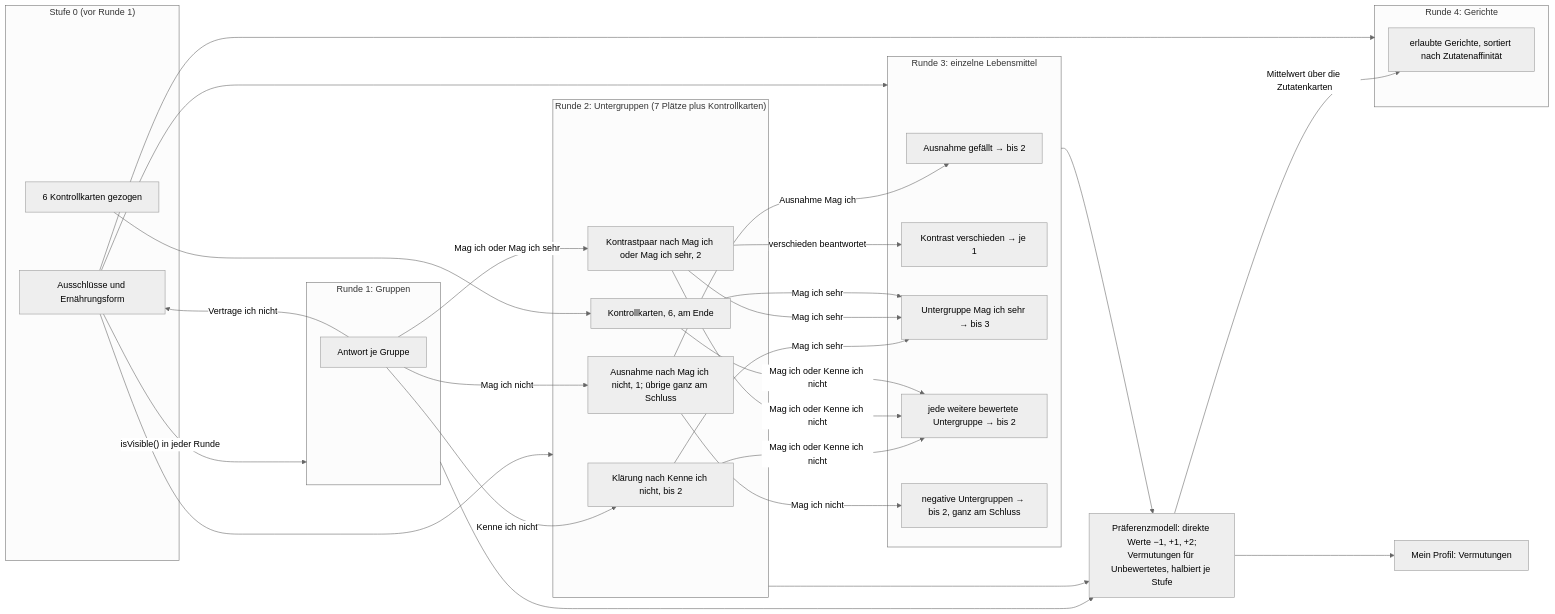
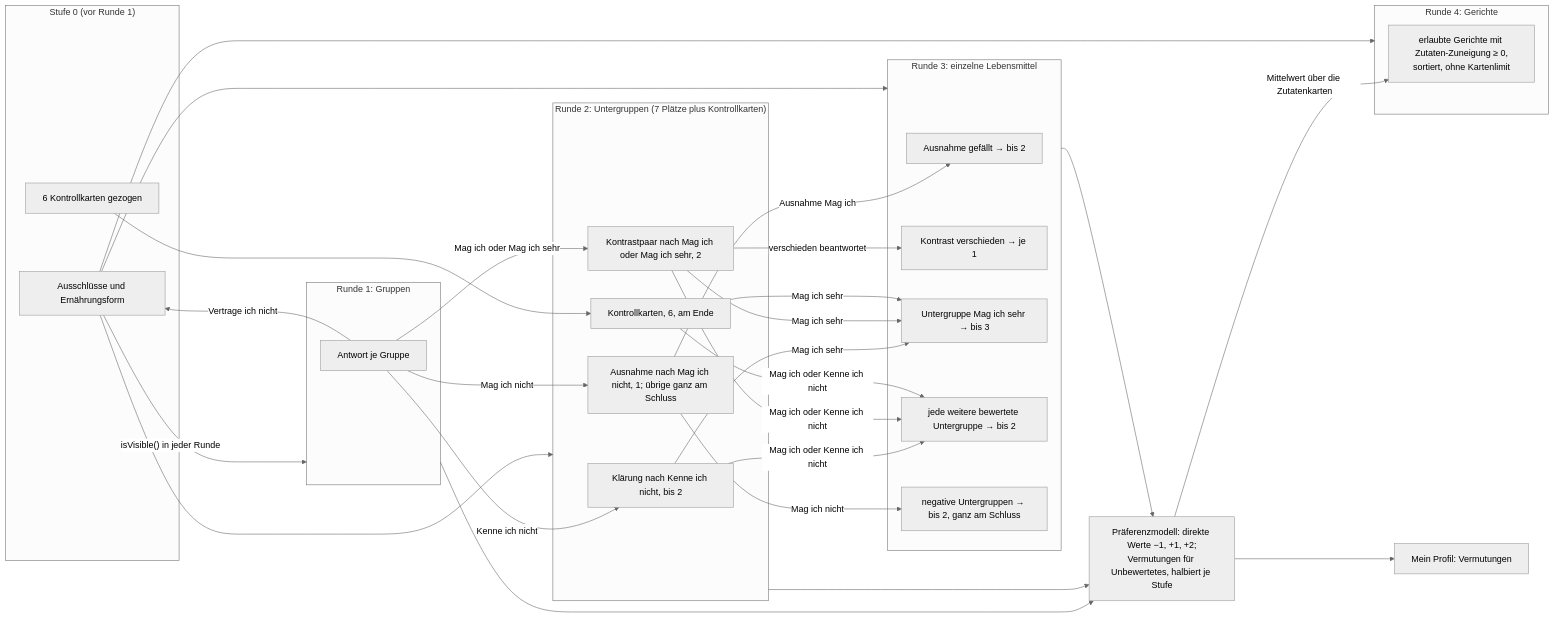
The fifth of 6 diagrams in docs/05_Flowcharts.md (kerisan-jeg/geschmacksprofil-50plus), drawn with Mermaid (neutral theme) before and after one commit. The commit also changed other lines of this file and 89 other files, not shown here.

````diff
--- a/docs/05_Flowcharts.md
+++ b/docs/05_Flowcharts.md
@@ -119,50 +119,50 @@
 ```mermaid
 flowchart LR
   subgraph S0["Stufe 0 (vor Runde 1)"]
     O["Ausschlüsse und Ernährungsform"]
     HO["6 Kontrollkarten gezogen"]
   end
   subgraph R1["Runde 1: Gruppen"]
     A1["Antwort je Gruppe"]
   end
   subgraph R2["Runde 2: Untergruppen (7 Plätze plus Kontrollkarten)"]
     B1["Klärung nach Kenne ich nicht, bis 2"]
     B2["Ausnahme nach Mag ich nicht, 1; übrige ganz am Schluss"]
     B3["Kontrastpaar nach Mag ich oder Mag ich sehr, 2"]
     B4["Kontrollkarten, 6, am Ende"]
   end
   subgraph R3["Runde 3: einzelne Lebensmittel"]
     C1["Ausnahme gefällt → bis 2"]
     C2["Kontrast verschieden → je 1"]
     C3["Untergruppe Mag ich sehr → bis 3"]
     C4["jede weitere bewertete Untergruppe → bis 2"]
     C5["negative Untergruppen → bis 2, ganz am Schluss"]
   end
   subgraph R4["Runde 4: Gerichte"]
-    D1["erlaubte Gerichte, sortiert nach Zutatenaffinität"]
+    D1["erlaubte Gerichte mit Zutaten-Zuneigung ≥ 0,<br/>sortiert, ohne Kartenlimit"]
   end
   MOD["Präferenzmodell: direkte Werte −1, +1, +2;<br/>Vermutungen für Unbewertetes, halbiert je Stufe"]
   O -- "isVisible() in jeder Runde" --> R1
   O --> R2
   O --> R3
   O --> R4
   HO --> B4
   A1 -- "Kenne ich nicht" --> B1
   A1 -- "Mag ich nicht" --> B2
   A1 -- "Mag ich oder Mag ich sehr" --> B3
   A1 -- "Vertrage ich nicht" --> O
   B2 -- "Ausnahme Mag ich" --> C1
   B3 -- "verschieden beantwortet" --> C2
   B1 -- "Mag ich sehr" --> C3
   B3 -- "Mag ich sehr" --> C3
   B4 -- "Mag ich sehr" --> C3
   B1 -- "Mag ich oder Kenne ich nicht" --> C4
   B3 -- "Mag ich oder Kenne ich nicht" --> C4
   B4 -- "Mag ich oder Kenne ich nicht" --> C4
   B2 -- "Mag ich nicht" --> C5
   R1 --> MOD
   R2 --> MOD
   R3 --> MOD
   MOD -- "Mittelwert über die Zutatenkarten" --> D1
   MOD --> PROF["Mein Profil: Vermutungen"]
 ```
````
